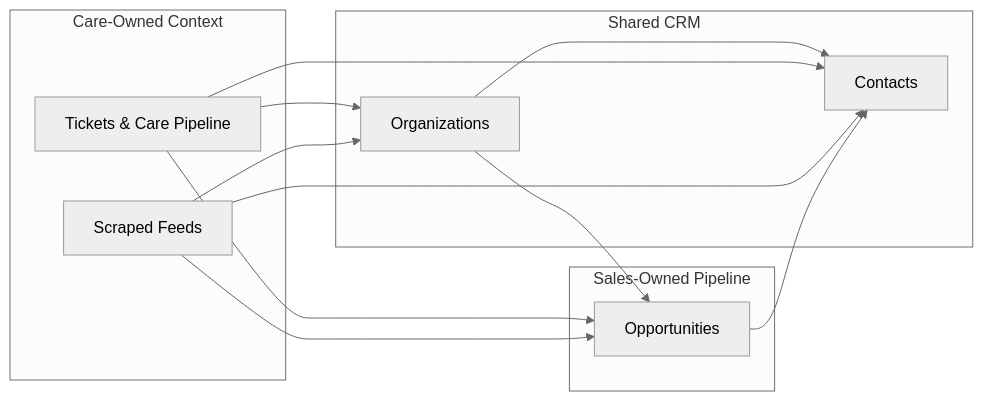
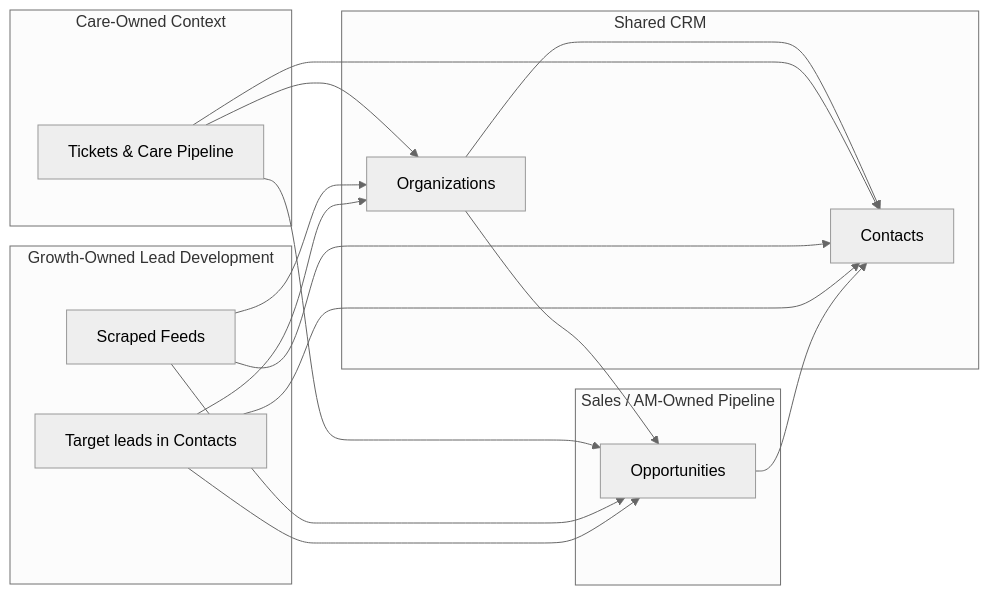
Before and after one commit to firman19/edu-airtable: the third of 3 diagrams in care-sales-base.md, drawn with Mermaid (neutral theme). The commit also changed other lines of this file, not shown here.

Commit message:
feat: update diagram

````diff
--- a/care-sales-base.md
+++ b/care-sales-base.md
@@ -329,27 +364,34 @@
 ```mermaid
 flowchart LR
     subgraph Care["Care-Owned Context"]
         T[Tickets & Care Pipeline]
+    end
+
+    subgraph Growth["Growth-Owned Lead Development"]
         S[Scraped Feeds]
+        TL[Target leads in Contacts]
     end
 
     subgraph Shared["Shared CRM"]
         ORG[Organizations]
         C[Contacts]
     end
 
-    subgraph Sales["Sales-Owned Pipeline"]
+    subgraph SalesAM["Sales / AM-Owned Pipeline"]
         O[Opportunities]
     end
 
     ORG --> C
     T --> C
     S --> C
+    TL --> C
 
     T --> ORG
     S --> ORG
+    TL --> ORG
     ORG --> O
     T --> O
     S --> O
+    TL --> O
     O --> C
 ```
````
